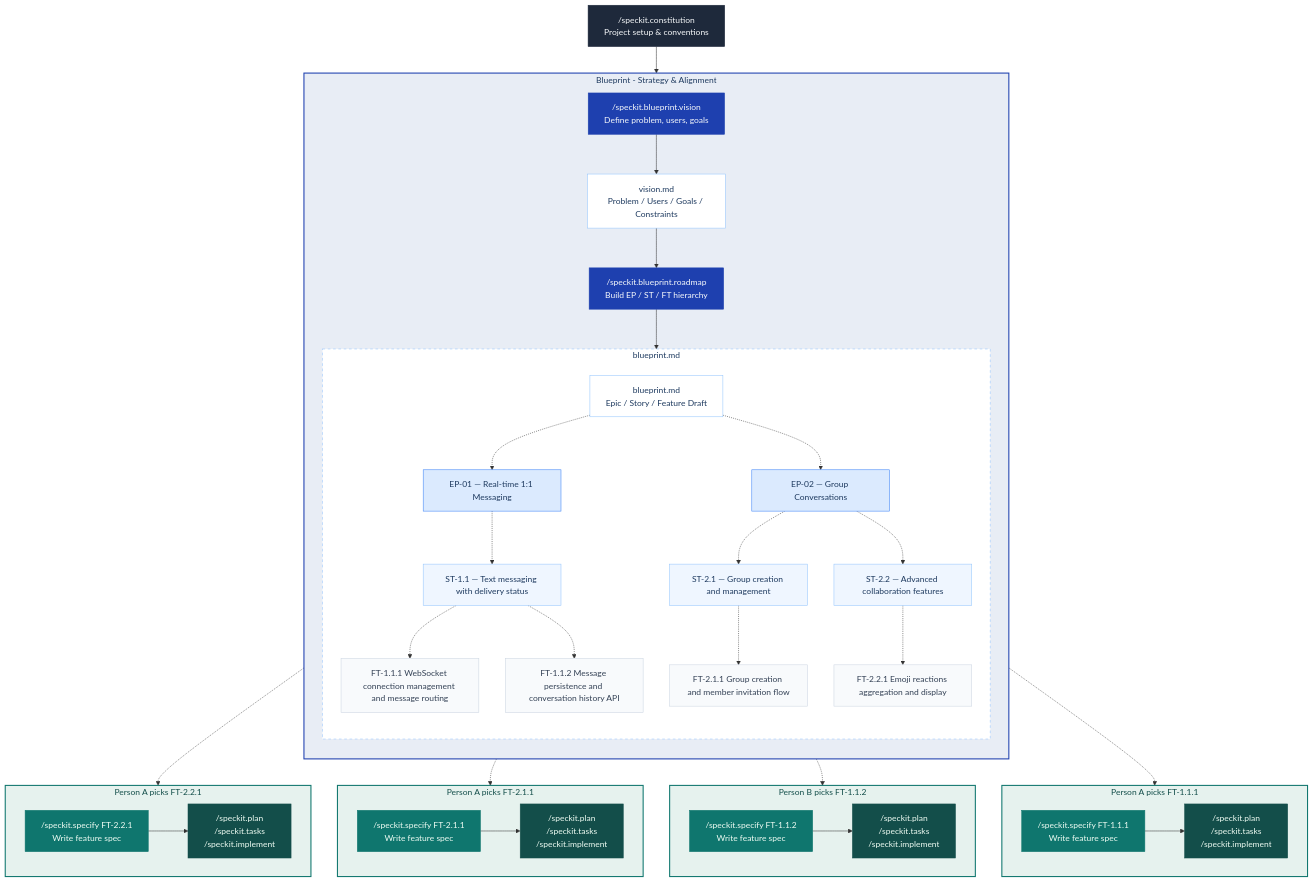
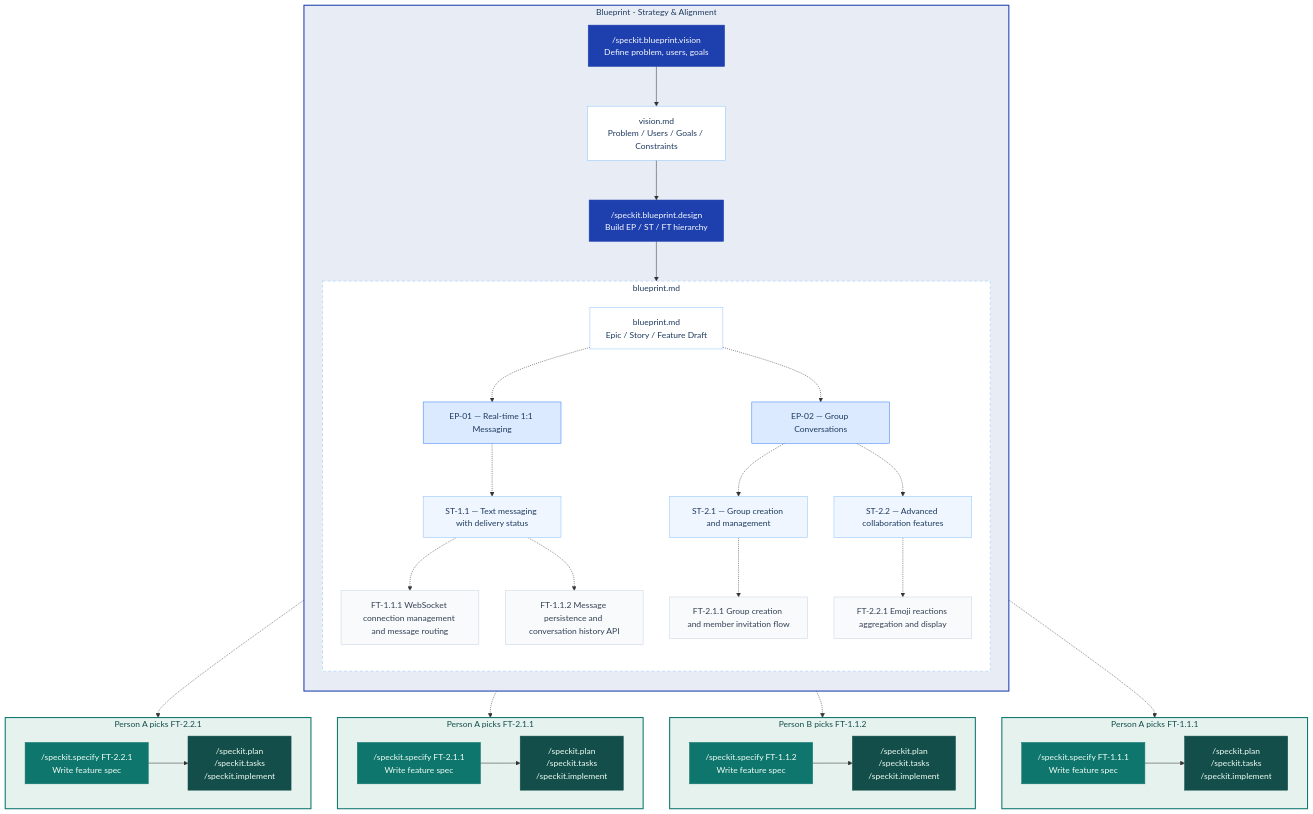
One commit to jaeryun/spec-kit-blueprint changed the diagram in README.md. Above: the diagram before and after it, drawn with Mermaid. The commit also changed other lines of this file and 16 other files, not shown here.

````diff
--- a/README.md
+++ b/README.md
@@ -22,79 +22,78 @@
 ```mermaid
 flowchart TD
-    A["/speckit.constitution<br/>Project setup & conventions"] --> B["/speckit.blueprint.vision<br/>Define problem, users, goals"]
+    B["/speckit.blueprint.vision<br/>Define problem, users, goals"]
 
     subgraph BP ["Blueprint - Strategy & Alignment"]
         direction TB
         B --> V["vision.md<br/>Problem / Users / Goals / Constraints"]
-        V --> C["/speckit.blueprint.roadmap<br/>Build EP / ST / FT hierarchy"]
+        V --> C["/speckit.blueprint.design<br/>Build EP / ST / FT hierarchy"]
         C --> R["blueprint.md<br/>Epic / Story / Feature Draft"]
 
         subgraph HIER ["blueprint.md"]
             direction TB
             R -.-> EP1["EP-01 — Real-time 1:1 Messaging"]
             EP1 -.-> ST1["ST-1.1 — Text messaging with delivery status"]
             ST1 -.-> FT_1_1_1["FT-1.1.1 WebSocket connection management and message routing"]
             ST1 -.-> FT_1_1_2["FT-1.1.2 Message persistence and conversation history API"]
 
             R -.-> EP2["EP-02 — Group Conversations"]
             EP2 -.-> ST2["ST-2.1 — Group creation and management"]
             ST2 -.-> FT_2_1_1["FT-2.1.1 Group creation and member invitation flow"]
             EP2 -.-> ST3["ST-2.2 — Advanced collaboration features"]
             ST3 -.-> FT_2_2_1["FT-2.2.1 Emoji reactions aggregation and display"]
         end
     end
 
     subgraph DEV1 ["Person A picks FT-1.1.1"]
         direction LR
         S_1_1_1["/speckit.specify FT-1.1.1<br/>Write feature spec"] --> N_1_1_1["/speckit.plan<br/>/speckit.tasks<br/>/speckit.implement"]
     end
 
     subgraph DEV2 ["Person B picks FT-1.1.2"]
         direction LR
         S_1_1_2["/speckit.specify FT-1.1.2<br/>Write feature spec"] --> N_1_1_2["/speckit.plan<br/>/speckit.tasks<br/>/speckit.implement"]
     end
 
     subgraph DEV3 ["Person A picks FT-2.1.1"]
         direction LR
         S_2_1_1["/speckit.specify FT-2.1.1<br/>Write feature spec"] --> N_2_1_1["/speckit.plan<br/>/speckit.tasks<br/>/speckit.implement"]
     end
 
     subgraph DEV4 ["Person A picks FT-2.2.1"]
         direction LR
         S_2_2_1["/speckit.specify FT-2.2.1<br/>Write feature spec"] --> N_2_2_1["/speckit.plan<br/>/speckit.tasks<br/>/speckit.implement"]
     end
 
     FT_1_1_1 -.-> S_1_1_1
     FT_1_1_2 -.-> S_1_1_2
     FT_2_1_1 -.-> S_2_1_1
     FT_2_2_1 -.-> S_2_2_1
 
     style BP fill:#e8edf5,stroke:#1e40af,stroke-width:2px,color:#1e3a5f
     style HIER fill:#ffffff,stroke:#93c5fd,stroke-dasharray: 5 5,color:#1e3a5f
     style DEV1 fill:#e6f2ee,stroke:#0f766e,stroke-width:2px,color:#134e4a
     style DEV2 fill:#e6f2ee,stroke:#0f766e,stroke-width:2px,color:#134e4a
     style DEV3 fill:#e6f2ee,stroke:#0f766e,stroke-width:2px,color:#134e4a
     style DEV4 fill:#e6f2ee,stroke:#0f766e,stroke-width:2px,color:#134e4a
-    style A fill:#1e293b,stroke:#1e293b,color:#f8fafc
     style B fill:#1e40af,stroke:#1e40af,color:#f8fafc
     style C fill:#1e40af,stroke:#1e40af,color:#f8fafc
     style V fill:#ffffff,stroke:#93c5fd,color:#1e3a5f
     style R fill:#ffffff,stroke:#93c5fd,color:#1e3a5f
     style EP1 fill:#dbeafe,stroke:#3b82f6,color:#1e3a5f
     style EP2 fill:#dbeafe,stroke:#3b82f6,color:#1e3a5f
     style ST1 fill:#eff6ff,stroke:#93c5fd,color:#1e3a5f
     style ST2 fill:#eff6ff,stroke:#93c5fd,color:#1e3a5f
     style ST3 fill:#eff6ff,stroke:#93c5fd,color:#1e3a5f
     style FT_1_1_1 fill:#f8fafc,stroke:#cbd5e1,color:#334155
     style FT_1_1_2 fill:#f8fafc,stroke:#cbd5e1,color:#334155
     style FT_2_1_1 fill:#f8fafc,stroke:#cbd5e1,color:#334155
     style FT_2_2_1 fill:#f8fafc,stroke:#cbd5e1,color:#334155
     style S_1_1_1 fill:#0f766e,stroke:#0f766e,color:#f0fdf4
     style S_1_1_2 fill:#0f766e,stroke:#0f766e,color:#f0fdf4
     style S_2_1_1 fill:#0f766e,stroke:#0f766e,color:#f0fdf4
     style S_2_2_1 fill:#0f766e,stroke:#0f766e,color:#f0fdf4
     style N_1_1_1 fill:#134e4a,stroke:#134e4a,color:#f0fdf4
     style N_1_1_2 fill:#134e4a,stroke:#134e4a,color:#f0fdf4
     style N_2_1_1 fill:#134e4a,stroke:#134e4a,color:#f0fdf4
     style N_2_2_1 fill:#134e4a,stroke:#134e4a,color:#f0fdf4
 ```
````
